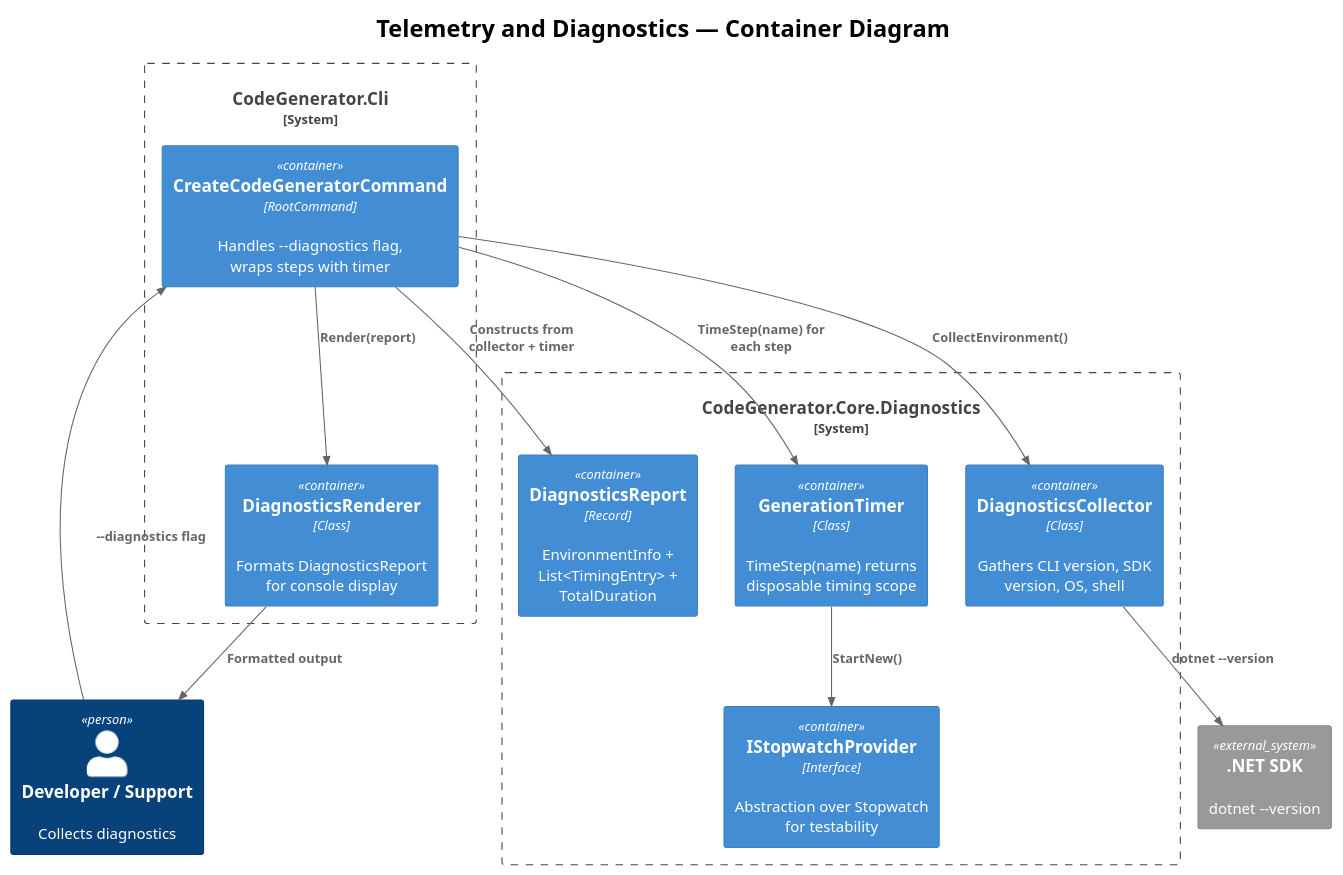
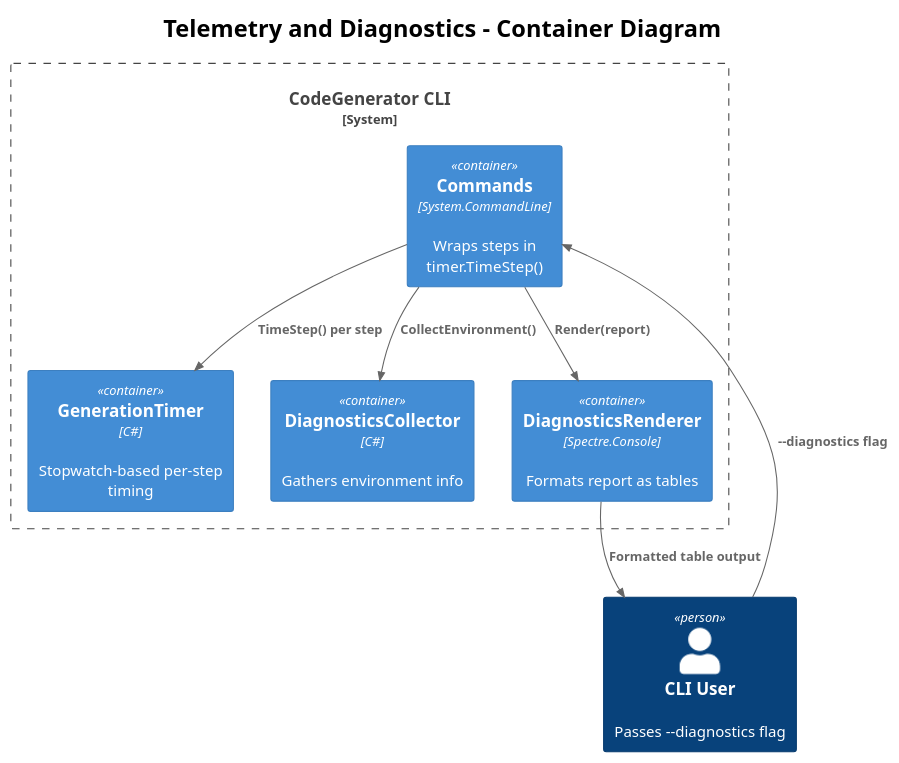
The diagram in docs/detailed-designs/49-telemetry-and-diagnostics/diagrams/c4_container.puml (QuinntyneBrown/CodeGenerator), drawn with PlantUML before and after one commit. The commit also changed 155 other files, not shown here.

```diff
--- a/docs/detailed-designs/49-telemetry-and-diagnostics/diagrams/c4_container.puml
+++ b/docs/detailed-designs/49-telemetry-and-diagnostics/diagrams/c4_container.puml
@@ -1,32 +1,22 @@
 @startuml c4_container
 !theme plain
 !include <C4/C4_Container>
 
-title Telemetry and Diagnostics — Container Diagram
+title Telemetry and Diagnostics - Container Diagram
 
-Person(dev, "Developer / Support", "Collects diagnostics")
+Person(user, "CLI User", "Passes --diagnostics flag")
 
-System_Boundary(cli, "CodeGenerator.Cli") {
-    Container(cmd, "CreateCodeGeneratorCommand", "RootCommand", "Handles --diagnostics flag, wraps steps with timer")
-    Container(renderer, "DiagnosticsRenderer", "Class", "Formats DiagnosticsReport for console display")
+System_Boundary(sb, "CodeGenerator CLI") {
+    Container(cmd, "Commands", "System.CommandLine", "Wraps steps in timer.TimeStep()")
+    Container(timer, "GenerationTimer", "C#", "Stopwatch-based per-step timing")
+    Container(collector, "DiagnosticsCollector", "C#", "Gathers environment info")
+    Container(renderer, "DiagnosticsRenderer", "Spectre.Console", "Formats report as tables")
 }
 
-System_Boundary(core, "CodeGenerator.Core.Diagnostics") {
-    Container(collector, "DiagnosticsCollector", "Class", "Gathers CLI version, SDK version, OS, shell")
-    Container(timer, "GenerationTimer", "Class", "TimeStep(name) returns disposable timing scope")
-    Container(sw, "IStopwatchProvider", "Interface", "Abstraction over Stopwatch for testability")
-    Container(report, "DiagnosticsReport", "Record", "EnvironmentInfo + List<TimingEntry> + TotalDuration")
-}
-
-System_Ext(sdk, ".NET SDK", "dotnet --version")
-
-Rel(dev, cmd, "--diagnostics flag")
+Rel(user, cmd, "--diagnostics flag")
+Rel(cmd, timer, "TimeStep() per step")
 Rel(cmd, collector, "CollectEnvironment()")
-Rel(cmd, timer, "TimeStep(name) for each step")
-Rel(collector, sdk, "dotnet --version")
-Rel(timer, sw, "StartNew()")
-Rel(cmd, report, "Constructs from collector + timer")
 Rel(cmd, renderer, "Render(report)")
-Rel(renderer, dev, "Formatted output")
+Rel(renderer, user, "Formatted table output")
 
 @enduml
```
